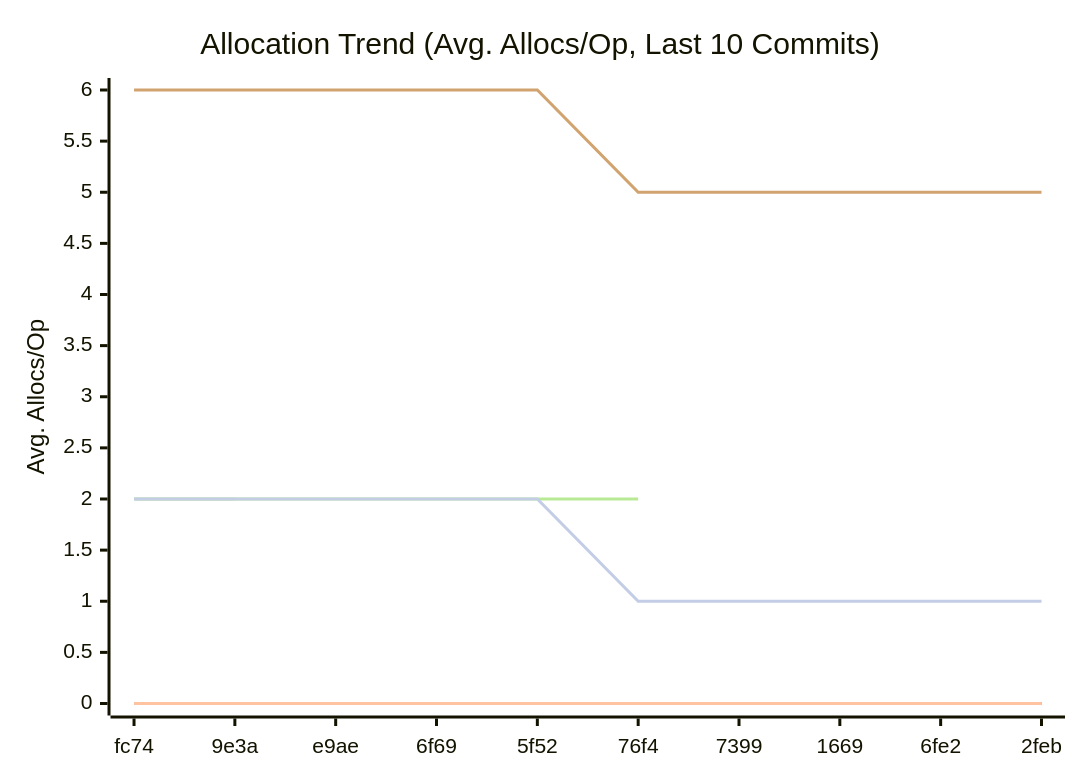
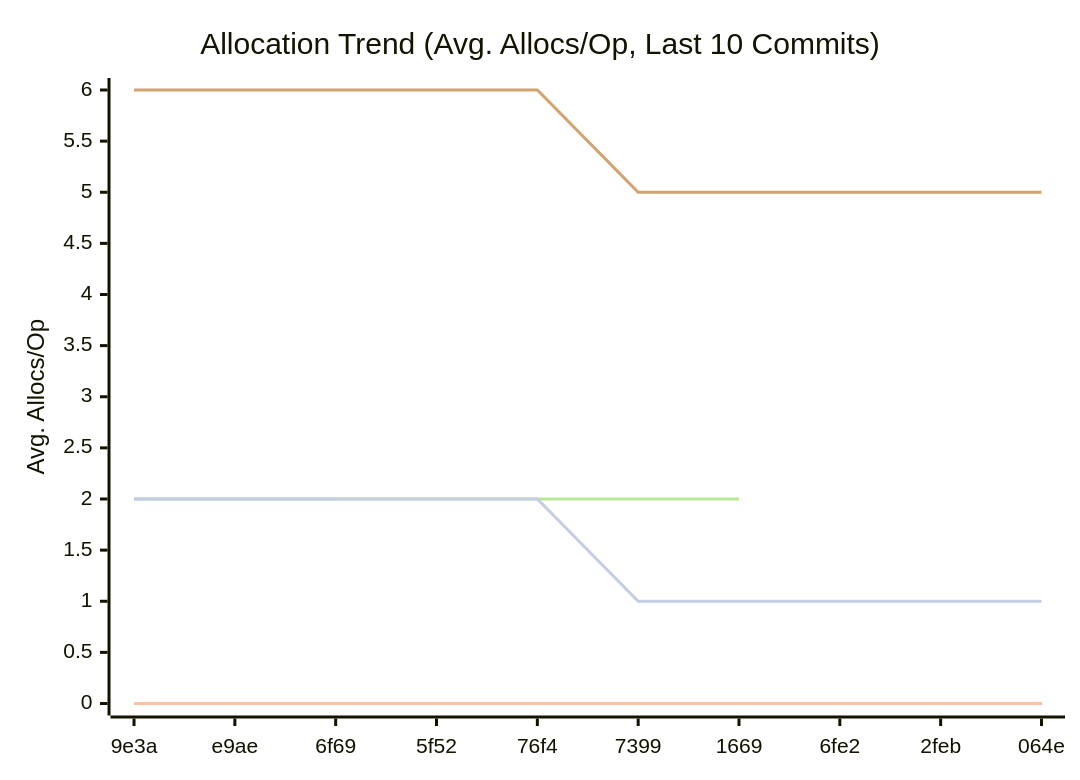
One commit to alsotoes/momo changed the third of 3 diagrams in doc/README.md. Above: the diagram before and after it, drawn with Mermaid. The commit also changed other lines of this file and 1 other file, not shown here.

````diff
--- a/doc/README.md
+++ b/doc/README.md
@@ -326,14 +326,14 @@
 ```mermaid
 xychart-beta
     title "Allocation Trend (Avg. Allocs/Op, Last 10 Commits)"
     x-axis "Commit"
     y-axis "Avg. Allocs/Op"
-    x-axis [fc74,9e3a,e9ae,6f69,5f52,76f4,7399,1669,6fe2,2feb]
+    x-axis [9e3a,e9ae,6f69,5f52,76f4,7399,1669,6fe2,2feb,064e]
     line "CheckMetricsAndSwap" [0,0,0,0,0,0,0,0,0,0]
     line "IndexDirectTracking" [0,0,0,0,0,0,0,0,0,0]
     line "IndexSearch" [0,0,0,0,0,0,0,0,0,0]
-    line "LoadGlobalConfig" [2,2]
-    line "PadString" [2,2,2,2,2,2]
+    line "LoadGlobalConfig" [2,2,2]
+    line "PadString" [2,2,2,2,2,2,2]
     line "ParseReplicationOrder_NoPrealloc" [6,6,6,6,6,5,5,5,5,5]
     line "ParseReplicationOrder_Prealloc" [2,2,2,2,2,1,1,1,1,1]
 ```
````
